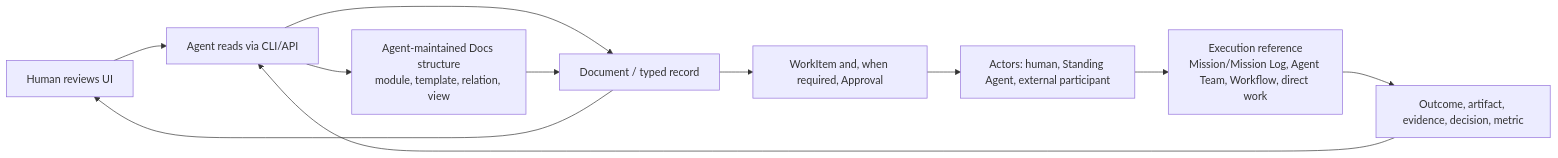
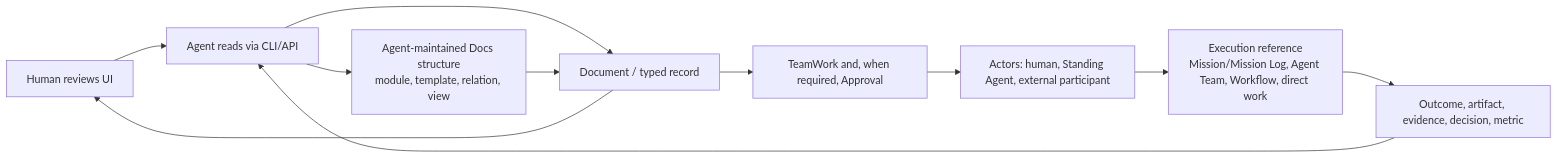
The diagram in docs/current/company-os/document-system.md (cyl19970726/multi-agent-harness), drawn with Mermaid before and after one commit. The commit also changed other lines of this file and 130 other files, not shown here.

Commit message:
feat: unify company and team work

````diff
--- a/docs/current/company-os/document-system.md
+++ b/docs/current/company-os/document-system.md
@@ -89,13 +89,13 @@
 ```mermaid
 flowchart LR
   U["Human reviews UI"] --> C["Agent reads via CLI/API"]
   C --> D["Document / typed record"]
-  D --> W["WorkItem and, when required, Approval"]
+  D --> W["TeamWork and, when required, Approval"]
   W --> A["Actors: human, Standing Agent, external participant"]
   A --> E["Execution reference\nMission/Mission Log, Agent Team, Workflow, direct work"]
   E --> R["Outcome, artifact, evidence, decision, metric"]
   R --> C
   C --> M["Agent-maintained Docs structure\nmodule, template, relation, view"]
   M --> D
   D --> U
 ```
````
